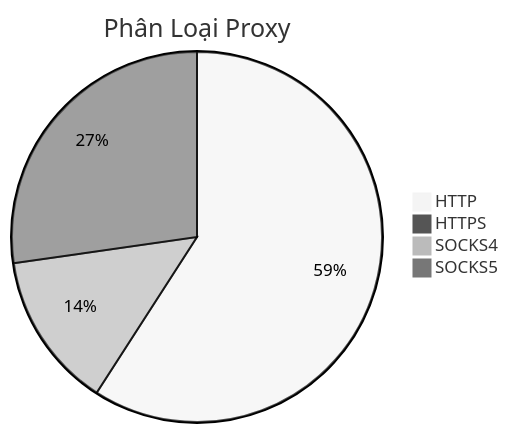
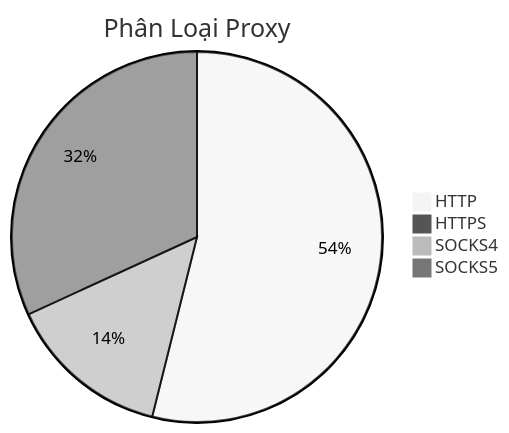
Before and after one commit to Ciara-Aa/PROXY-free: the diagram in README.md, drawn with Mermaid (neutral theme). The commit also changed other lines of this file and 4 other files, not shown here.

````diff
--- a/README.md
+++ b/README.md
@@ -26,7 +26,7 @@
 ```mermaid
 pie title Phân Loại Proxy
-    "HTTP" : 477
-    "HTTPS" : 3
-    "SOCKS4" : 110
-    "SOCKS5" : 220
+    "HTTP" : 374
+    "HTTPS" : 2
+    "SOCKS4" : 99
+    "SOCKS5" : 221
 ```
````
